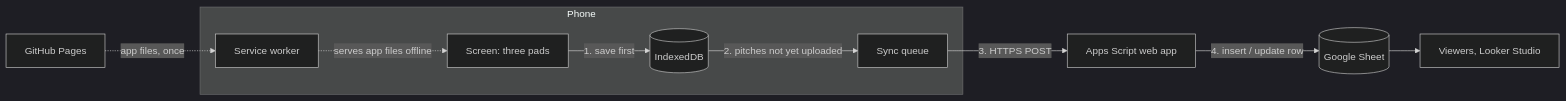
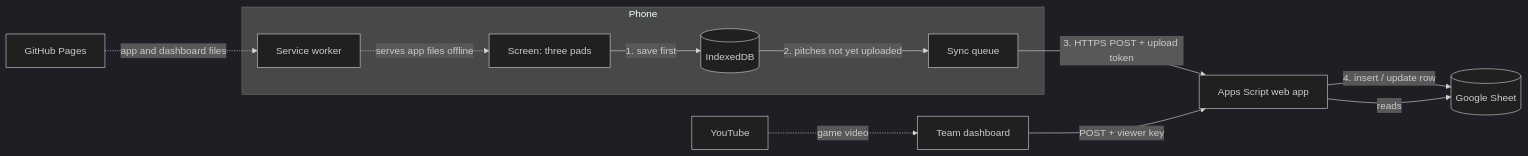
The first of 3 diagrams in docs/HOW-IT-WORKS.md (pmiquelm/PitchTracker), drawn with Mermaid (dark theme) before and after one commit. The commit also changed other lines of this file and 1 other file, not shown here.

````diff
--- a/docs/HOW-IT-WORKS.md
+++ b/docs/HOW-IT-WORKS.md
@@ -57,12 +60,14 @@
 ```mermaid
 flowchart LR
   subgraph Phone
     UI[Screen: three pads] -->|1. save first| DB[(IndexedDB)]
     DB -->|2. pitches not yet uploaded| SYNC[Sync queue]
     SW[Service worker] -.->|serves app files offline| UI
   end
-  GH[GitHub Pages] -.->|app files, once| SW
-  SYNC -->|3. HTTPS POST| AS[Apps Script web app]
+  GH[GitHub Pages] -.->|app and dashboard files| SW
+  SYNC -->|3. HTTPS POST + upload token| AS[Apps Script web app]
   AS -->|4. insert / update row| SHEET[(Google Sheet)]
-  SHEET --> VIEW[Viewers, Looker Studio]
+  DASH[Team dashboard] -->|POST + viewer key| AS
+  AS -->|reads| SHEET
+  YT[YouTube] -.->|game video| DASH
 ```
````
